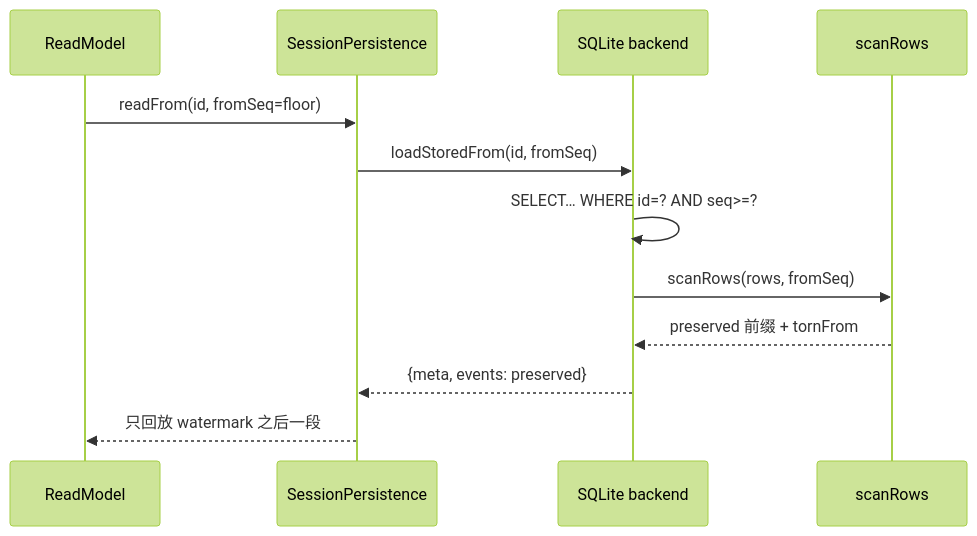
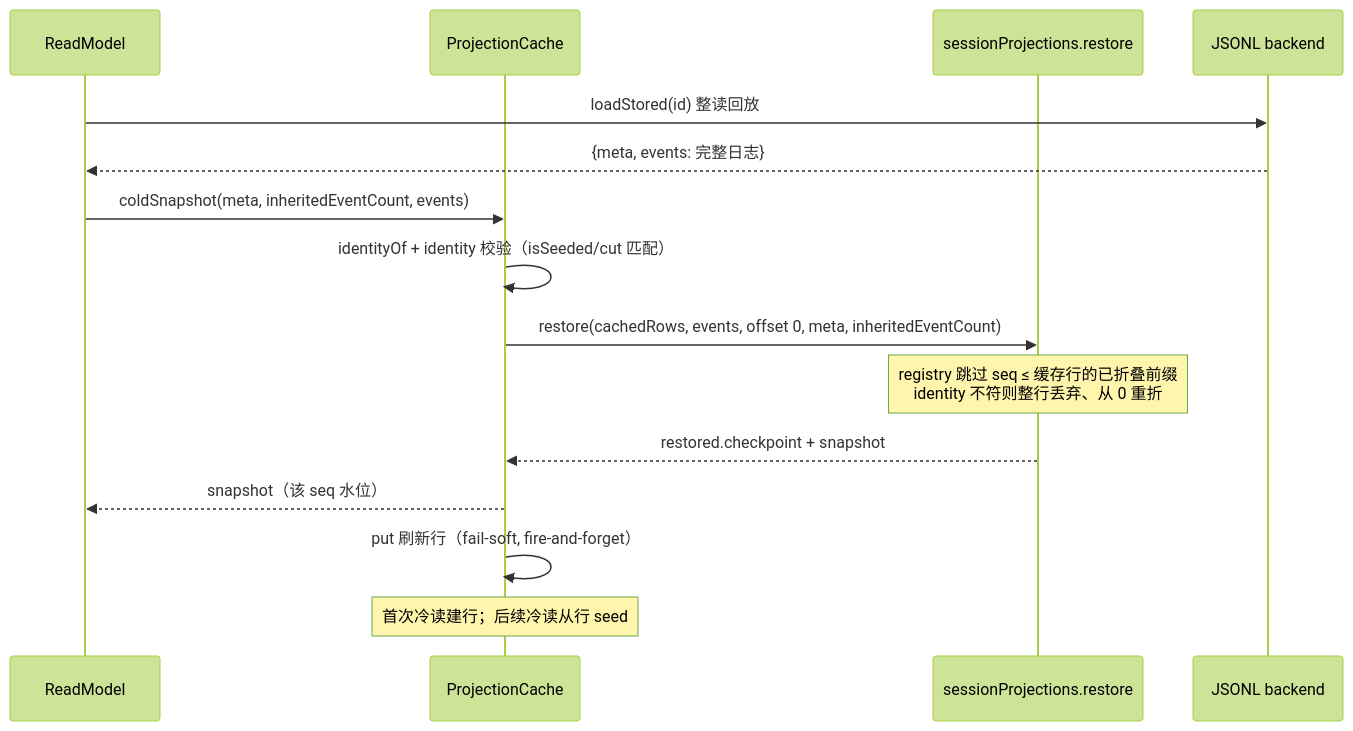
The third of 4 diagrams in ai-agent/deepseek-harness/data-model.md (morehao/oss-insights), drawn with Mermaid (forest theme) before and after one commit. The commit also changed other lines of this file and 20 other files, not shown here.

````diff
--- a/ai-agent/deepseek-harness/data-model.md
+++ b/ai-agent/deepseek-harness/data-model.md
@@ -282,15 +281,18 @@
 ```mermaid
 sequenceDiagram
     participant R as ReadModel
-    participant P as SessionPersistence
-    participant SQ as SQLite backend
-    participant SC as scanRows
+    participant C as ProjectionCache
+    participant REG as sessionProjections.restore
+    participant P as JSONL backend
 
-    R->>P: readFrom(id, fromSeq=floor)
-    P->>SQ: loadStoredFrom(id, fromSeq)
-    SQ->>SQ: SELECT… WHERE id=? AND seq>=?
-    SQ->>SC: scanRows(rows, fromSeq)
-    SC-->>SQ: preserved 前缀 + tornFrom
-    SQ-->>P: {meta, events: preserved}
-    P-->>R: 只回放 watermark 之后一段
+    R->>P: loadStored(id) 整读回放
+    P-->>R: {meta, events: 完整日志}
+    R->>C: coldSnapshot(meta, inheritedEventCount, events)
+    C->>C: identityOf + identity 校验（isSeeded/cut 匹配）
+    C->>REG: restore(cachedRows, events, offset 0, meta, inheritedEventCount)
+    Note over REG: registry 跳过 seq ≤ 缓存行的已折叠前缀<br>identity 不符则整行丢弃、从 0 重折
+    REG-->>C: restored.checkpoint + snapshot
+    C-->>R: snapshot（该 seq 水位）
+    C->>C: put 刷新行（fail-soft, fire-and-forget）
+    Note over C: 首次冷读建行；后续冷读从行 seed
 ```
````
